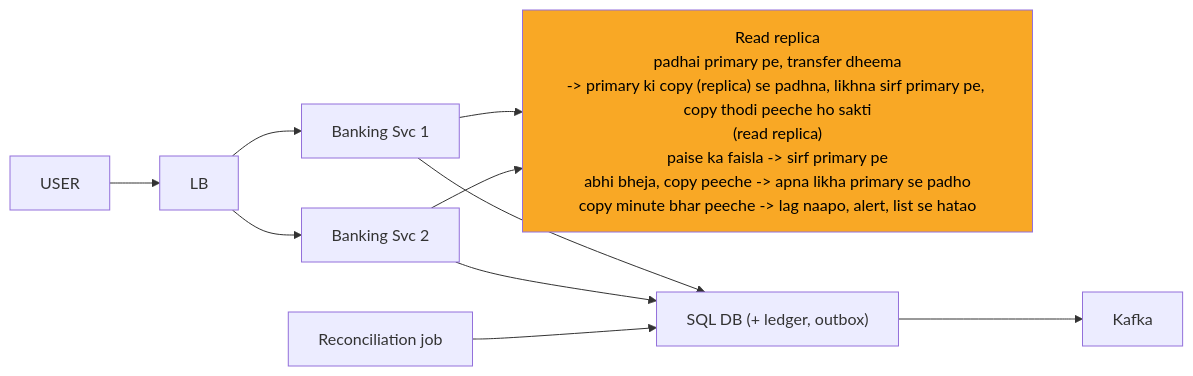
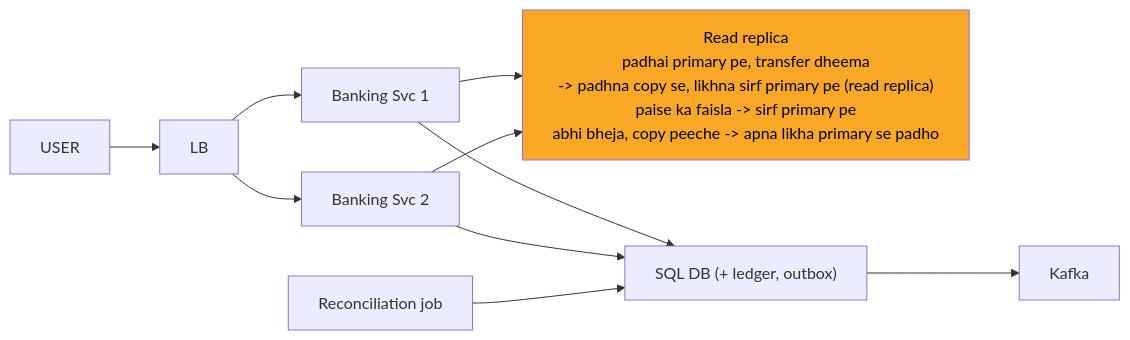
The diagram in 04_HLD/SYSTEM_DESIGNS/13_banking_system/img/c8.mmd (ArpanMaheshwari144/Prep), drawn with Mermaid before and after one commit. The commit also changed 76 other files, not shown here.

```diff
--- a/04_HLD/SYSTEM_DESIGNS/13_banking_system/img/c8.mmd
+++ b/04_HLD/SYSTEM_DESIGNS/13_banking_system/img/c8.mmd
@@ -1,20 +1,20 @@
 %%{init: {"flowchart": {"wrappingWidth": 450}}}%%
 flowchart LR
     n_USER["USER"]
     n_LB["LB"]
     n_S1["Banking Svc 1"]
     n_S2["Banking Svc 2"]
-    n_RR["Read replica<br/>padhai primary pe, transfer dheema<br/>-> primary ki copy (replica) se padhna, likhna sirf primary pe, copy thodi peeche ho sakti<br/>(read replica)<br/>paise ka faisla -> sirf primary pe<br/>abhi bheja, copy peeche -> apna likha primary se padho<br/>copy minute bhar peeche -> lag naapo, alert, list se hatao"]
+    n_RR["Read replica<br/>padhai primary pe, transfer dheema<br/>-> padhna copy se, likhna sirf primary pe (read replica)<br/>paise ka faisla -> sirf primary pe<br/>abhi bheja, copy peeche -> apna likha primary se padho"]
     n_DB["SQL DB (+ ledger, outbox)"]
     n_K["Kafka"]
     n_REC["Reconciliation job"]
     n_USER --> n_LB
     n_LB --> n_S1
     n_LB --> n_S2
     n_S1 --> n_RR
     n_S2 --> n_RR
     n_S1 --> n_DB
     n_S2 --> n_DB
     n_DB --> n_K
     n_REC --> n_DB
     style n_RR fill:#f9a825,color:#000
```
